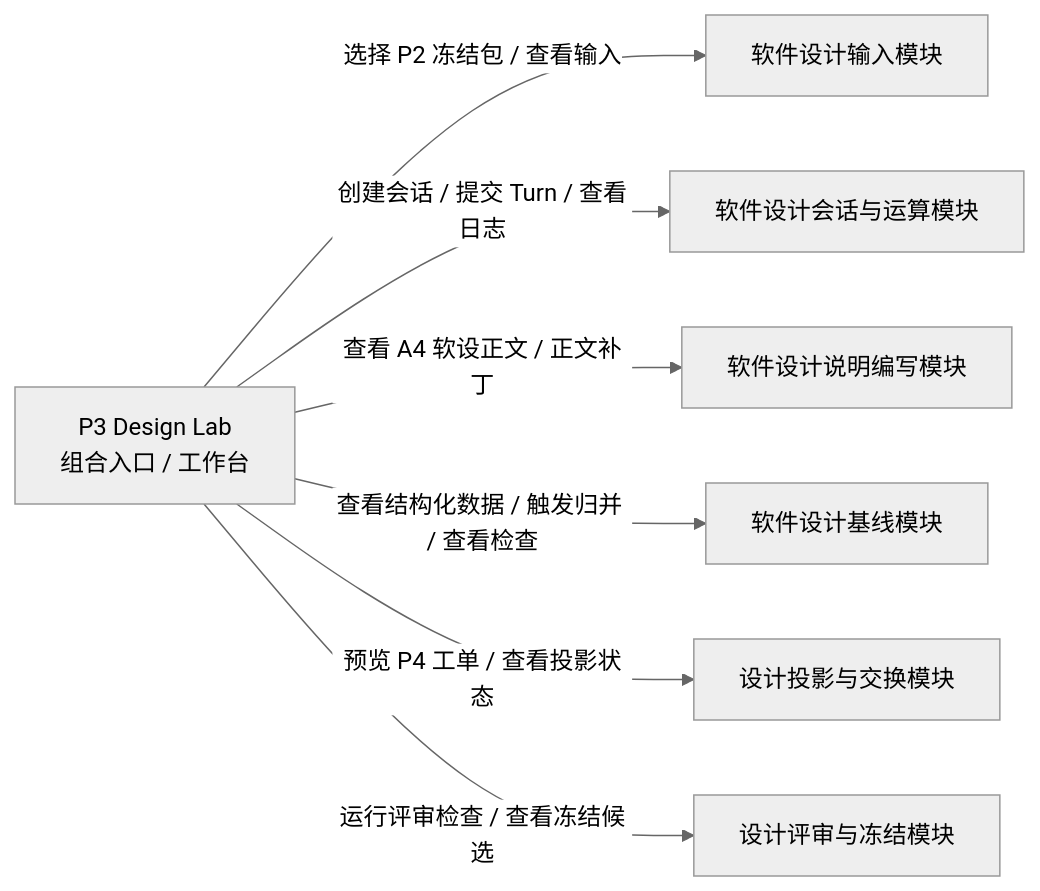
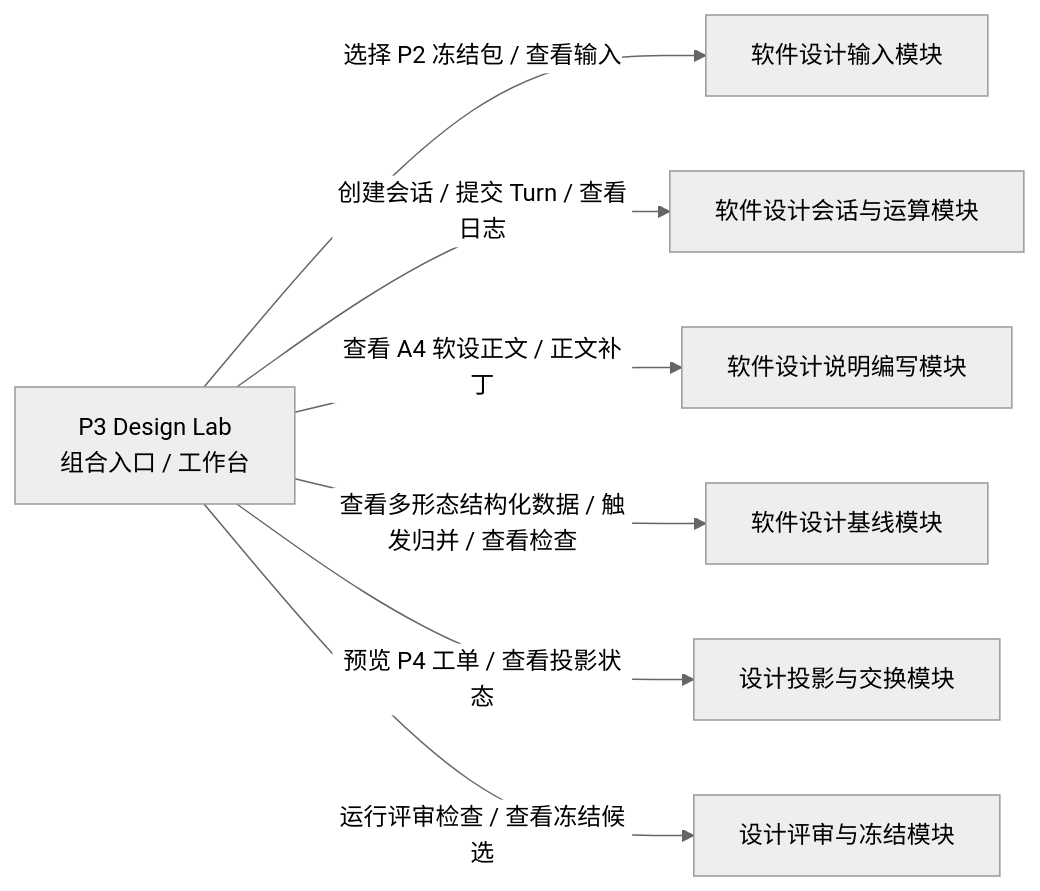
The second of 10 diagrams in DOC/CODEX_DOC/02_设计说明/P3_软件设计系统/P3-软件设计系统设计.md (wgwtest/CodeFactoryV2), drawn with Mermaid (neutral theme) before and after one commit. The commit also changed other lines of this file, not shown here.

````diff
--- a/DOC/CODEX_DOC/02_设计说明/P3_软件设计系统/P3-软件设计系统设计.md
+++ b/DOC/CODEX_DOC/02_设计说明/P3_软件设计系统/P3-软件设计系统设计.md
@@ -292,17 +294,17 @@
 ```mermaid
 flowchart LR
   Lab["P3 Design Lab<br/>组合入口 / 工作台"]
   Input["软件设计输入模块"]
   Session["软件设计会话与运算模块"]
   Authoring["软件设计说明编写模块"]
   Baseline["软件设计基线模块"]
   Projection["设计投影与交换模块"]
   Governance["设计评审与冻结模块"]
 
   Lab -->|"选择 P2 冻结包 / 查看输入"| Input
   Lab -->|"创建会话 / 提交 Turn / 查看日志"| Session
   Lab -->|"查看 A4 软设正文 / 正文补丁"| Authoring
-  Lab -->|"查看结构化数据 / 触发归并 / 查看检查"| Baseline
+  Lab -->|"查看多形态结构化数据 / 触发归并 / 查看检查"| Baseline
   Lab -->|"预览 P4 工单 / 查看投影状态"| Projection
   Lab -->|"运行评审检查 / 查看冻结候选"| Governance
 ```
````
